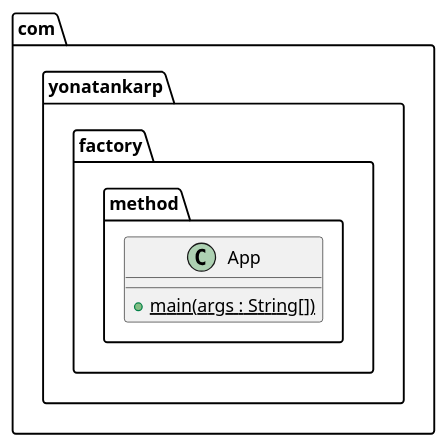
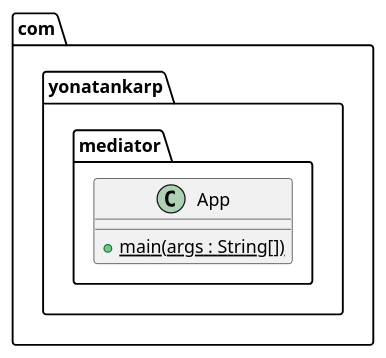
Before and after one commit to yonatankarp/kotlin-design-patterns: the diagram in mediator/etc/mediator.puml, drawn with PlantUML. The commit also changed 19 other files, not shown here.

```diff
--- a/mediator/etc/mediator.puml
+++ b/mediator/etc/mediator.puml
@@ -1,7 +1,7 @@
 @startuml
-package com.yonatankarp.factory.method {
+package com.yonatankarp.mediator {
   class App {
     + main(args : String[]) {static}
   }
 }
 @enduml
```
